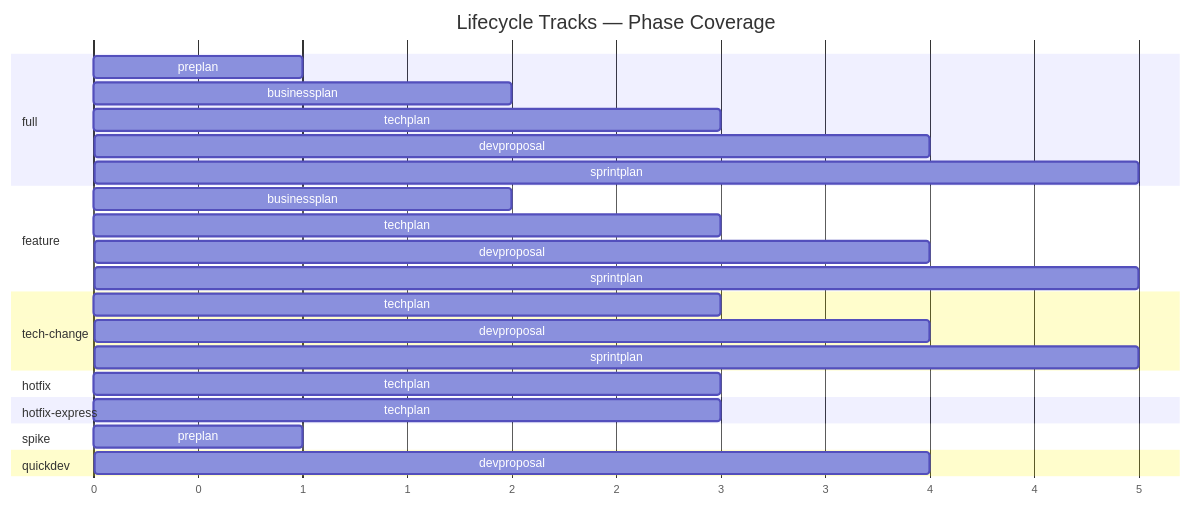
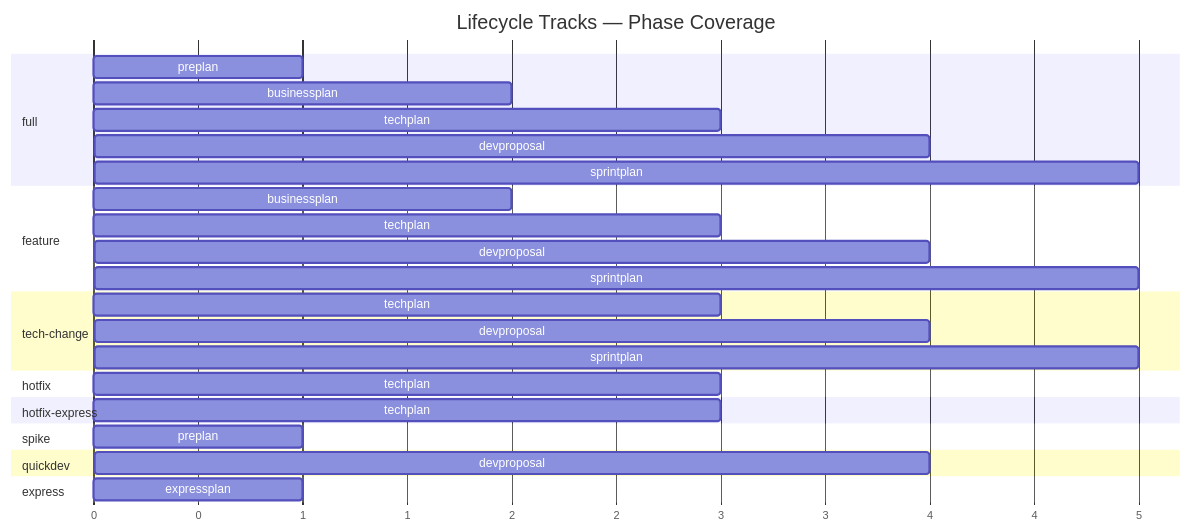
Diagram 13 of 14 in _bmad/lens-work/docs/lifecycle-visual-guide.md (crisweber2600/bmad.lens.src), drawn with Mermaid before and after one commit. The commit also changed other lines of this file and 93 other files, not shown here.

````diff
--- a/_bmad/lens-work/docs/lifecycle-visual-guide.md
+++ b/_bmad/lens-work/docs/lifecycle-visual-guide.md
@@ -481,36 +481,39 @@
 ```mermaid
 gantt
     title Lifecycle Tracks — Phase Coverage
     dateFormat X
     axisFormat %s
 
     section full
     preplan           :a1, 0, 1
     businessplan      :a2, 1, 2
     techplan          :a3, 2, 3
     devproposal       :a4, 3, 4
     sprintplan        :a5, 4, 5
 
     section feature
     businessplan      :b1, 1, 2
     techplan          :b2, 2, 3
     devproposal       :b3, 3, 4
     sprintplan        :b4, 4, 5
 
     section tech-change
     techplan          :c1, 2, 3
     devproposal       :c2, 3, 4
     sprintplan        :c3, 4, 5
 
     section hotfix
     techplan          :d1, 2, 3
 
     section hotfix-express
     techplan          :g1, 2, 3
 
     section spike
     preplan           :e1, 0, 1
 
     section quickdev
     devproposal       :f1, 3, 4
+
+    section express
+    expressplan       :h1, 0, 1
 ```
````
